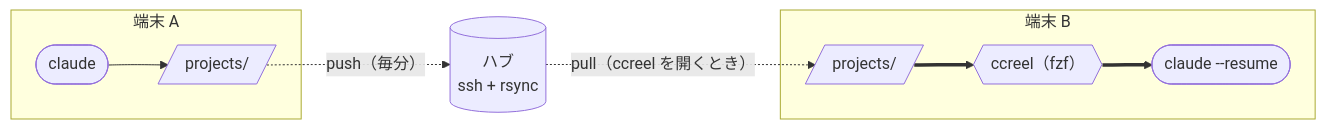
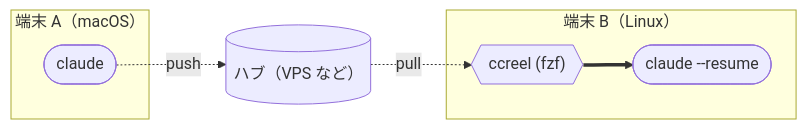
One commit to yktsnet/ccreel changed the second of 2 diagrams in README.md. Above: the diagram before and after it, drawn with Mermaid. The commit also changed 1 other file, not shown here.

Commit message:
docs: draw the cross-machine diagram as A to hub to B

````diff
--- a/README.md
+++ b/README.md
@@ -62,12 +62,11 @@
 ```mermaid
 flowchart LR
-  subgraph A["端末 A"]
-    ca(["claude"]) --> pa[/"projects/"/]
+  subgraph A["端末 A（macOS）"]
+    ca(["claude"])
   end
-  hub[("ハブ<br/>ssh + rsync")]
-  subgraph B["端末 B"]
-    pb[/"projects/"/] ==> fzf{{"ccreel（fzf）"}} ==> cl(["claude --resume"])
+  hub[("ハブ（VPS など）")]
+  subgraph B["端末 B（Linux）"]
+    fb{{"ccreel (fzf)"}} ==> rb(["claude --resume"])
   end
-  pa -.->|"push（毎分）"| hub
-  hub -.->|"pull（ccreel を開くとき）"| pb
+  ca -.->|push| hub -.->|pull| fb
 ```
````
